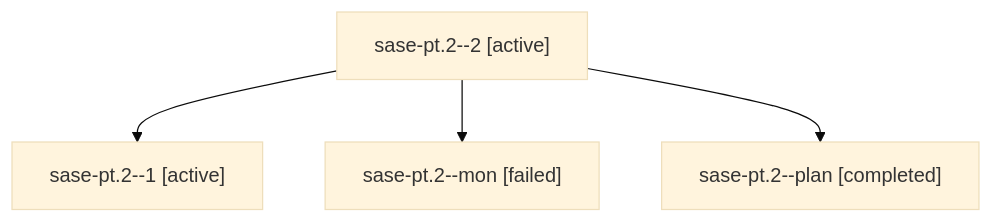
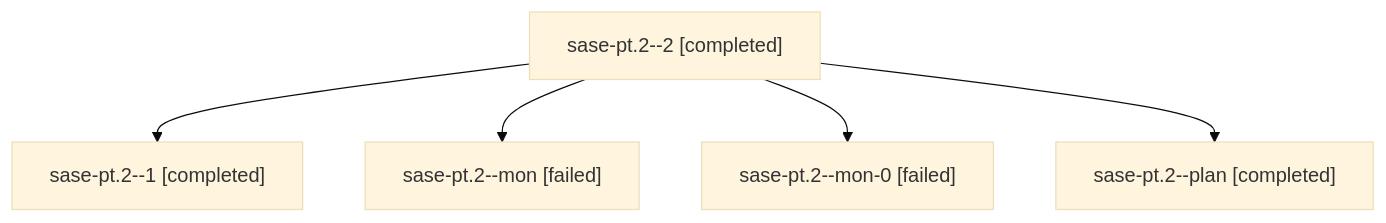
One commit to sase-org/sase--agents changed the diagram in families/bbugyi200.athena.sase-pt.2.md. Above: the diagram before and after it, drawn with Mermaid (base theme). The commit also changed other lines of this file and 80 other files, not shown here.

````diff
--- a/families/bbugyi200.athena.sase-pt.2.md
+++ b/families/bbugyi200.athena.sase-pt.2.md
@@ -9,10 +9,12 @@
 ```mermaid
 flowchart TD
-  n0["sase-pt.2--2 [active]"]
-  n1["sase-pt.2--1 [active]"]
+  n0["sase-pt.2--2 [completed]"]
+  n1["sase-pt.2--1 [completed]"]
   n0 --> n1
   n2["sase-pt.2--mon [failed]"]
   n0 --> n2
-  n3["sase-pt.2--plan [completed]"]
+  n3["sase-pt.2--mon-0 [failed]"]
   n0 --> n3
+  n4["sase-pt.2--plan [completed]"]
+  n0 --> n4
 ```
````
